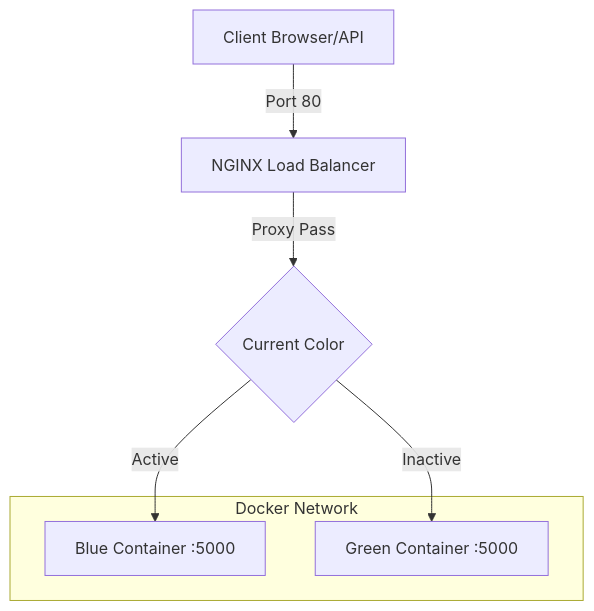
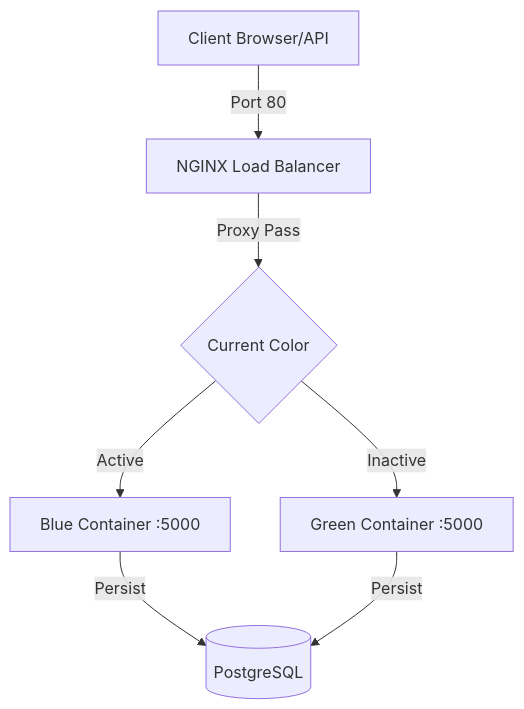
Before and after one commit to miafo1/Zero-Downtime-Blue-Green-Deployment: the diagram in README.md, drawn with Mermaid. The commit also changed other lines of this file and 2 other files, not shown here.

Commit message:
Add CI/CD and Database documentation

````diff
--- a/README.md
+++ b/README.md
@@ -7,12 +7,9 @@
 ```mermaid
 graph TD
     Client[Client Browser/API] -->|Port 80| Nginx[NGINX Load Balancer]
     Nginx -->|Proxy Pass| Upstream{Current Color}
     Upstream -->|Active| Blue[Blue Container :5000]
     Upstream -->|Inactive| Green[Green Container :5000]
-    
-    subgraph Docker Network
-    Blue
-    Green
-    end
+    Blue -->|Persist| DB[(PostgreSQL)]
+    Green -->|Persist| DB
 ```
````
